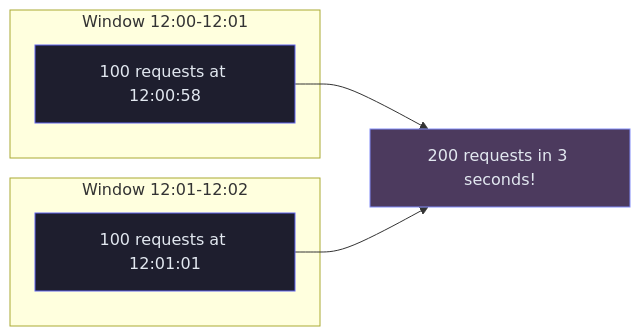
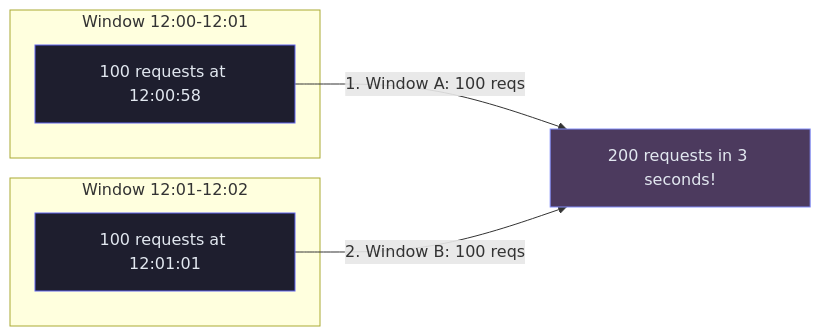
The fourth of 15 diagrams in content/hld/RateLimiter.md (iluzn/HLD-Designs), drawn with Mermaid before and after one commit. The commit also changed other lines of this file and 27 other files, not shown here.

````diff
--- a/content/hld/RateLimiter.md
+++ b/content/hld/RateLimiter.md
@@ -199,16 +199,16 @@
 ```mermaid
 flowchart LR
     subgraph W1["Window 12:00-12:01"]
         A["100 requests at 12:00:58"]
     end
     subgraph W2["Window 12:01-12:02"]
         B["100 requests at 12:01:01"]
     end
     RESULT["200 requests in 3 seconds!"]:::client
 
-    A --> RESULT
-    B --> RESULT
+    A -->|"1. Window A: 100 reqs"| RESULT
+    B -->|"2. Window B: 100 reqs"| RESULT
 
     classDef default fill:#1e1e2e,stroke:#6366f1,color:#e2e8f0
     classDef client fill:#4c3a5e,stroke:#818cf8,color:#e2e8f0
 ```
````
